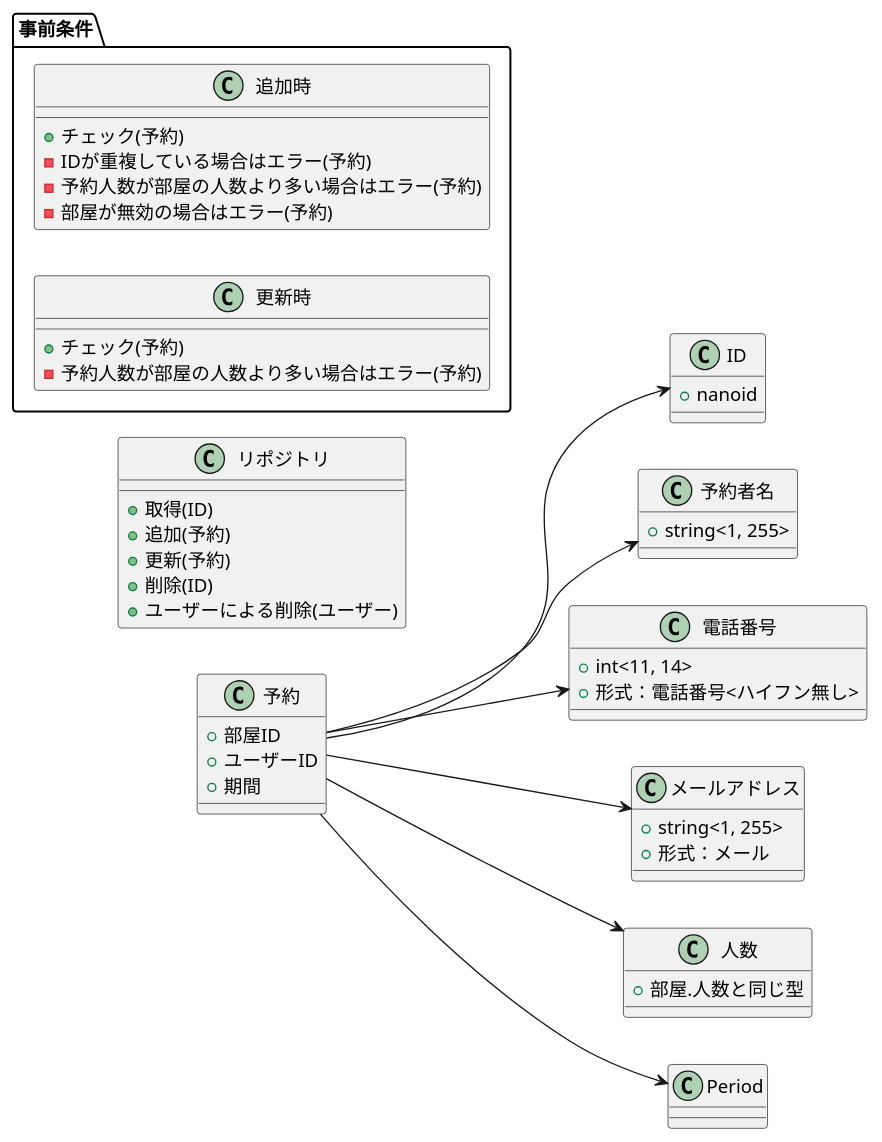
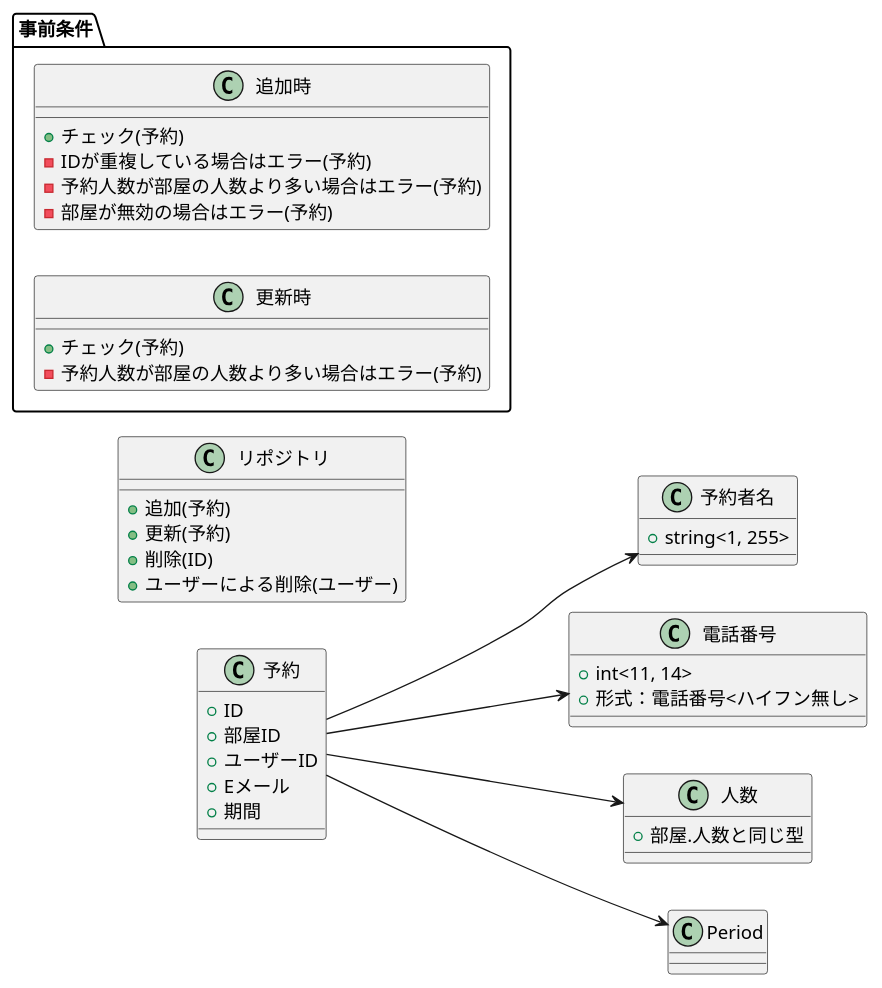
One commit to paterapatera/ryokan-reservation changed the sixth of 7 diagrams in doc/domain_model.md. Above: the diagram before and after it, drawn with PlantUML. The commit also changed other lines of this file and 38 other files, not shown here.

````diff
--- a/doc/domain_model.md
+++ b/doc/domain_model.md
@@ -133,52 +163,44 @@
 ```plantuml
 left to right direction
 class "予約" as Reservation {
+  + ID
   + 部屋ID
   + ユーザーID
+  + Eメール
   + 期間
-}
-class "ID" as Id {
-  + nanoid
 }
 class "予約者名" as Name {
   + string<1, 255>
 }
 class "電話番号" as PhoneNumber {
   + int<11, 14>
   + 形式：電話番号<ハイフン無し>
 }
-class "メールアドレス" as MailAddress {
-  + string<1, 255>
-  + 形式：メール
-}
 class "人数" as NumOfPeople {
   + 部屋.人数と同じ型
 }
 class "リポジトリ" {
-  + 取得(ID)
   + 追加(予約)
   + 更新(予約)
   + 削除(ID)
   + ユーザーによる削除(ユーザー)
 }
 
-Reservation --> Id
 Reservation --> Name
 Reservation --> PhoneNumber
-Reservation --> MailAddress
 Reservation --> NumOfPeople
 Reservation --> Period
 
 namespace 事前条件 {
   class 追加時 {
     + チェック(予約)
     - IDが重複している場合はエラー(予約)
     - 予約人数が部屋の人数より多い場合はエラー(予約)
     - 部屋が無効の場合はエラー(予約)
   }
   class 更新時 {
     + チェック(予約)
     - 予約人数が部屋の人数より多い場合はエラー(予約)
   }
 }
 ```
````
